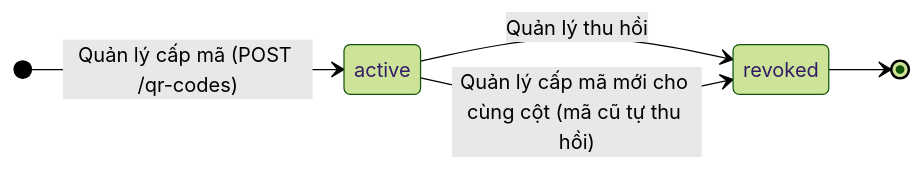
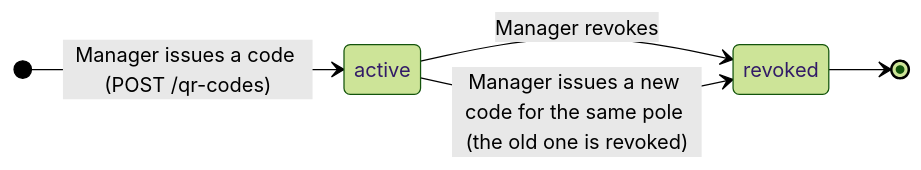
The sixth of 14 diagrams in docs/state-machines.md (LuxMapLabs/luxmap_backend), drawn with Mermaid (forest theme) before and after one commit. The commit also changed other lines of this file and 2 other files, not shown here.

First line of the commit message:
docs(state-machines): translate the state machine diagrams to English

````diff
--- a/docs/state-machines.md
+++ b/docs/state-machines.md
@@ -225,8 +241,8 @@
 ```mermaid
 stateDiagram-v2
     direction LR
-    [*] --> active : Quản lý cấp mã (POST /qr-codes)
-    active --> revoked : Quản lý thu hồi
-    active --> revoked : Quản lý cấp mã mới cho cùng cột (mã cũ tự thu hồi)
+    [*] --> active : Manager issues a code (POST /qr-codes)
+    active --> revoked : Manager revokes
+    active --> revoked : Manager issues a new code for the same pole (the old one is revoked)
     revoked --> [*]
 ```
````
